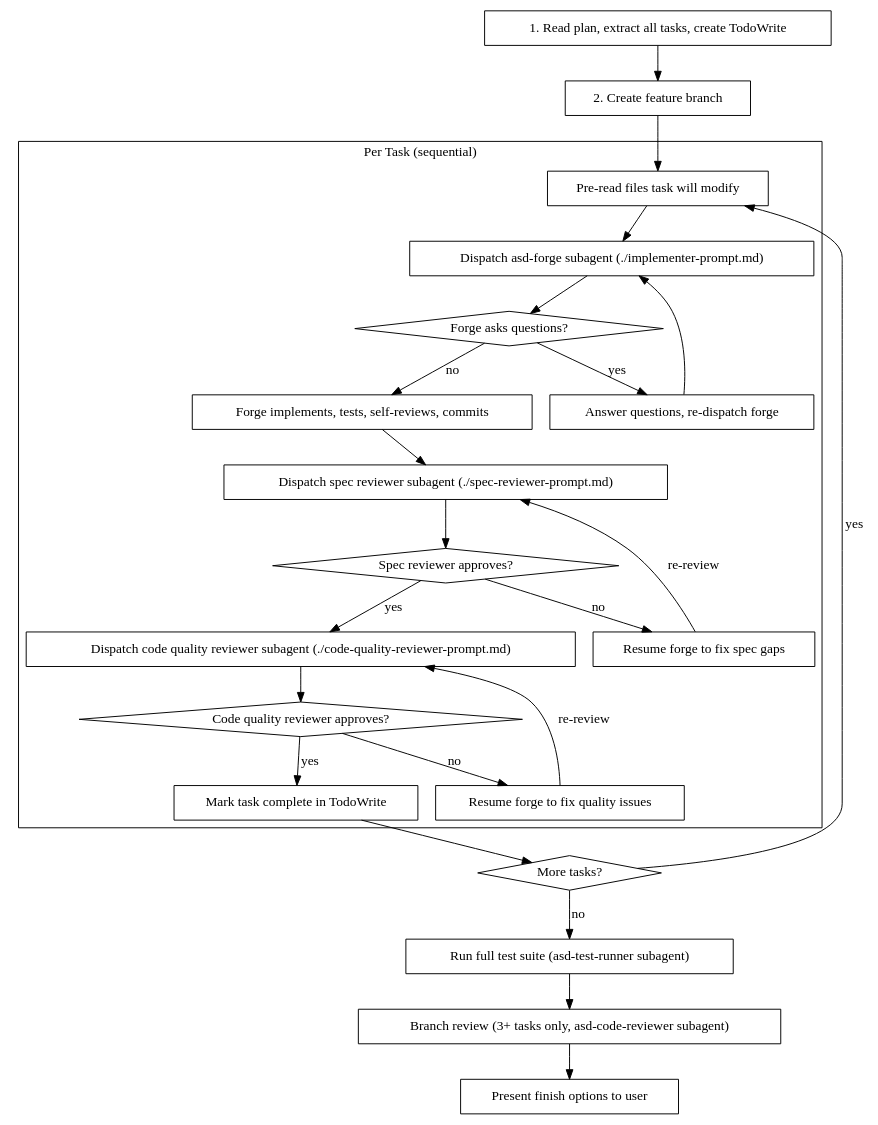
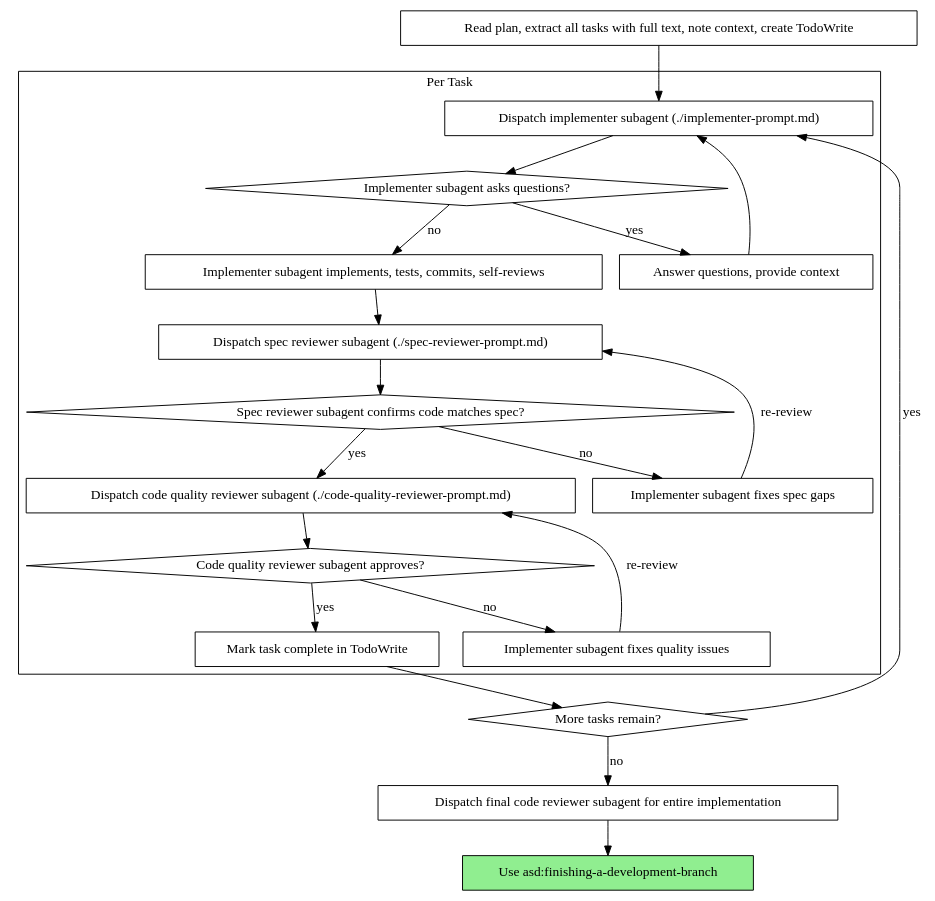
Before and after one commit to viminizer/asd: the second of 2 diagrams in skills/subagent-driven-development/SKILL.md, drawn with Graphviz. The commit also changed other lines of this file and 5 other files, not shown here.

First line of the commit message:
Update subagent-driven-development to match superpowers exactly

````diff
--- a/skills/subagent-driven-development/SKILL.md
+++ b/skills/subagent-driven-development/SKILL.md
@@ -21,51 +47,44 @@
 ```dot
 digraph process {
     rankdir=TB;
 
-    "1. Read plan, extract all tasks, create TodoWrite" [shape=box];
-    "2. Create feature branch" [shape=box];
-
     subgraph cluster_per_task {
-        label="Per Task (sequential)";
-        "Pre-read files task will modify" [shape=box];
-        "Dispatch asd-forge subagent (./implementer-prompt.md)" [shape=box];
-        "Forge asks questions?" [shape=diamond];
-        "Answer questions, re-dispatch forge" [shape=box];
-        "Forge implements, tests, self-reviews, commits" [shape=box];
+        label="Per Task";
+        "Dispatch implementer subagent (./implementer-prompt.md)" [shape=box];
+        "Implementer subagent asks questions?" [shape=diamond];
+        "Answer questions, provide context" [shape=box];
+        "Implementer subagent implements, tests, commits, self-reviews" [shape=box];
         "Dispatch spec reviewer subagent (./spec-reviewer-prompt.md)" [shape=box];
-        "Spec reviewer approves?" [shape=diamond];
-        "Resume forge to fix spec gaps" [shape=box];
+        "Spec reviewer subagent confirms code matches spec?" [shape=diamond];
+        "Implementer subagent fixes spec gaps" [shape=box];
         "Dispatch code quality reviewer subagent (./code-quality-reviewer-prompt.md)" [shape=box];
-        "Code quality reviewer approves?" [shape=diamond];
-        "Resume forge to fix quality issues" [shape=box];
+        "Code quality reviewer subagent approves?" [shape=diamond];
+        "Implementer subagent fixes quality issues" [shape=box];
         "Mark task complete in TodoWrite" [shape=box];
     }
 
-    "More tasks?" [shape=diamond];
-    "Run full test suite (asd-test-runner subagent)" [shape=box];
-    "Branch review (3+ tasks only, asd-code-reviewer subagent)" [shape=box];
-    "Present finish options to user" [shape=box];
+    "Read plan, extract all tasks with full text, note context, create TodoWrite" [shape=box];
+    "More tasks remain?" [shape=diamond];
+    "Dispatch final code reviewer subagent for entire implementation" [shape=box];
+    "Use asd:finishing-a-development-branch" [shape=box style=filled fillcolor=lightgreen];
 
-    "1. Read plan, extract all tasks, create TodoWrite" -> "2. Create feature branch";
-    "2. Create feature branch" -> "Pre-read files task will modify";
-    "Pre-read files task will modify" -> "Dispatch asd-forge subagent (./implementer-prompt.md)";
-    "Dispatch asd-forge subagent (./implementer-prompt.md)" -> "Forge asks questions?";
-    "Forge asks questions?" -> "Answer questions, re-dispatch forge" [label="yes"];
-    "Answer questions, re-dispatch forge" -> "Dispatch asd-forge subagent (./implementer-prompt.md)";
-    "Forge asks questions?" -> "Forge implements, tests, self-reviews, commits" [label="no"];
-    "Forge implements, tests, self-reviews, commits" -> "Dispatch spec reviewer subagent (./spec-reviewer-prompt.md)";
-    "Dispatch spec reviewer subagent (./spec-reviewer-prompt.md)" -> "Spec reviewer approves?";
-    "Spec reviewer approves?" -> "Resume forge to fix spec gaps" [label="no"];
-    "Resume forge to fix spec gaps" -> "Dispatch spec reviewer subagent (./spec-reviewer-prompt.md)" [label="re-review"];
-    "Spec reviewer approves?" -> "Dispatch code quality reviewer subagent (./code-quality-reviewer-prompt.md)" [label="yes"];
-    "Dispatch code quality reviewer subagent (./code-quality-reviewer-prompt.md)" -> "Code quality reviewer approves?";
-    "Code quality reviewer approves?" -> "Resume forge to fix quality issues" [label="no"];
-    "Resume forge to fix quality issues" -> "Dispatch code quality reviewer subagent (./code-quality-reviewer-prompt.md)" [label="re-review"];
-    "Code quality reviewer approves?" -> "Mark task complete in TodoWrite" [label="yes"];
-    "Mark task complete in TodoWrite" -> "More tasks?";
-    "More tasks?" -> "Pre-read files task will modify" [label="yes"];
-    "More tasks?" -> "Run full test suite (asd-test-runner subagent)" [label="no"];
-    "Run full test suite (asd-test-runner subagent)" -> "Branch review (3+ tasks only, asd-code-reviewer subagent)";
-    "Branch review (3+ tasks only, asd-code-reviewer subagent)" -> "Present finish options to user";
+    "Read plan, extract all tasks with full text, note context, create TodoWrite" -> "Dispatch implementer subagent (./implementer-prompt.md)";
+    "Dispatch implementer subagent (./implementer-prompt.md)" -> "Implementer subagent asks questions?";
+    "Implementer subagent asks questions?" -> "Answer questions, provide context" [label="yes"];
+    "Answer questions, provide context" -> "Dispatch implementer subagent (./implementer-prompt.md)";
+    "Implementer subagent asks questions?" -> "Implementer subagent implements, tests, commits, self-reviews" [label="no"];
+    "Implementer subagent implements, tests, commits, self-reviews" -> "Dispatch spec reviewer subagent (./spec-reviewer-prompt.md)";
+    "Dispatch spec reviewer subagent (./spec-reviewer-prompt.md)" -> "Spec reviewer subagent confirms code matches spec?";
+    "Spec reviewer subagent confirms code matches spec?" -> "Implementer subagent fixes spec gaps" [label="no"];
+    "Implementer subagent fixes spec gaps" -> "Dispatch spec reviewer subagent (./spec-reviewer-prompt.md)" [label="re-review"];
+    "Spec reviewer subagent confirms code matches spec?" -> "Dispatch code quality reviewer subagent (./code-quality-reviewer-prompt.md)" [label="yes"];
+    "Dispatch code quality reviewer subagent (./code-quality-reviewer-prompt.md)" -> "Code quality reviewer subagent approves?";
+    "Code quality reviewer subagent approves?" -> "Implementer subagent fixes quality issues" [label="no"];
+    "Implementer subagent fixes quality issues" -> "Dispatch code quality reviewer subagent (./code-quality-reviewer-prompt.md)" [label="re-review"];
+    "Code quality reviewer subagent approves?" -> "Mark task complete in TodoWrite" [label="yes"];
+    "Mark task complete in TodoWrite" -> "More tasks remain?";
+    "More tasks remain?" -> "Dispatch implementer subagent (./implementer-prompt.md)" [label="yes"];
+    "More tasks remain?" -> "Dispatch final code reviewer subagent for entire implementation" [label="no"];
+    "Dispatch final code reviewer subagent for entire implementation" -> "Use asd:finishing-a-development-branch";
 }
 ```
````
